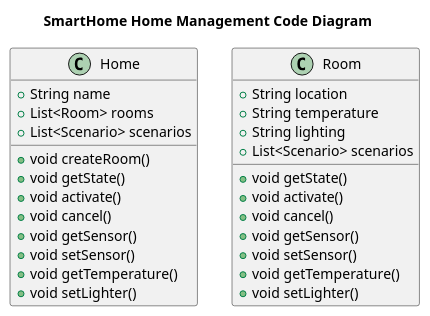
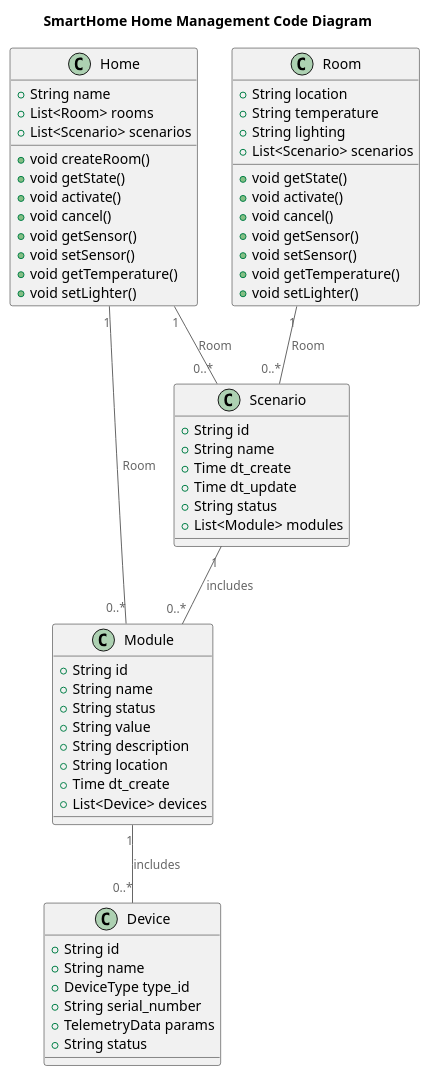
The diagram in diagrams/code/Code-home.puml (PuryginKE/architecture-warmhouse), drawn with PlantUML before and after one commit. The commit also changed 6 other files, not shown here.

```diff
--- a/diagrams/code/Code-home.puml
+++ b/diagrams/code/Code-home.puml
@@ -1,36 +1,72 @@
 @startuml
 title SmartHome Home Management Code Diagram
 
 top to bottom direction
 
 !includeurl https://raw.githubusercontent.com/RicardoNiepel/C4-PlantUML/master/C4_Component.puml
 
 class Home {
   +String name
   +List<Room> rooms
   +List<Scenario> scenarios
   +void createRoom()
   +void getState()
   +void activate()
   +void cancel()
   +void getSensor()
   +void setSensor()
   +void getTemperature()
   +void setLighter()
 }
 
 class Room {
   +String location
   +String temperature
   +String lighting
   +List<Scenario> scenarios
   +void getState()
   +void activate()
   +void cancel()
   +void getSensor()
   +void setSensor()
   +void getTemperature()
   +void setLighter()
 }
 
+class Scenario {
+  +String id
+  +String name
+  +Time dt_create
+  +Time dt_update
+  +String status
+  +List<Module> modules
+}
+
+class Module {
+  +String id
+  +String name
+  +String status
+  +String value
+  +String description
+  +String location
+  +Time dt_create 
+  +List<Device> devices
+}
+
+class Device {
+  +String id
+  +String name
+  +DeviceType type_id
+  +String serial_number
+  +TelemetryData params
+  +String status
+}
+
+
+Home "1" -- "0..*" Module : Room
+Home "1" -- "0..*" Scenario : Room
+Room "1" -- "0..*" Scenario : Room
+Scenario "1" -- "0..*" Module : includes
+Module "1" -- "0..*" Device : includes
+
 @enduml
```
